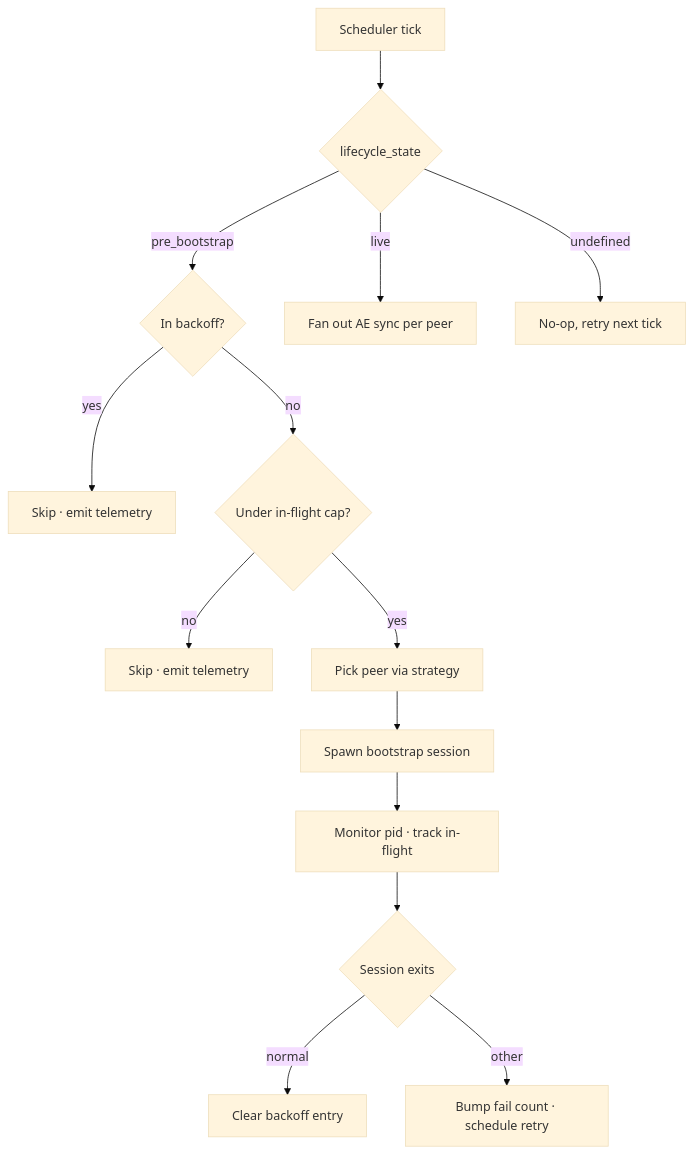
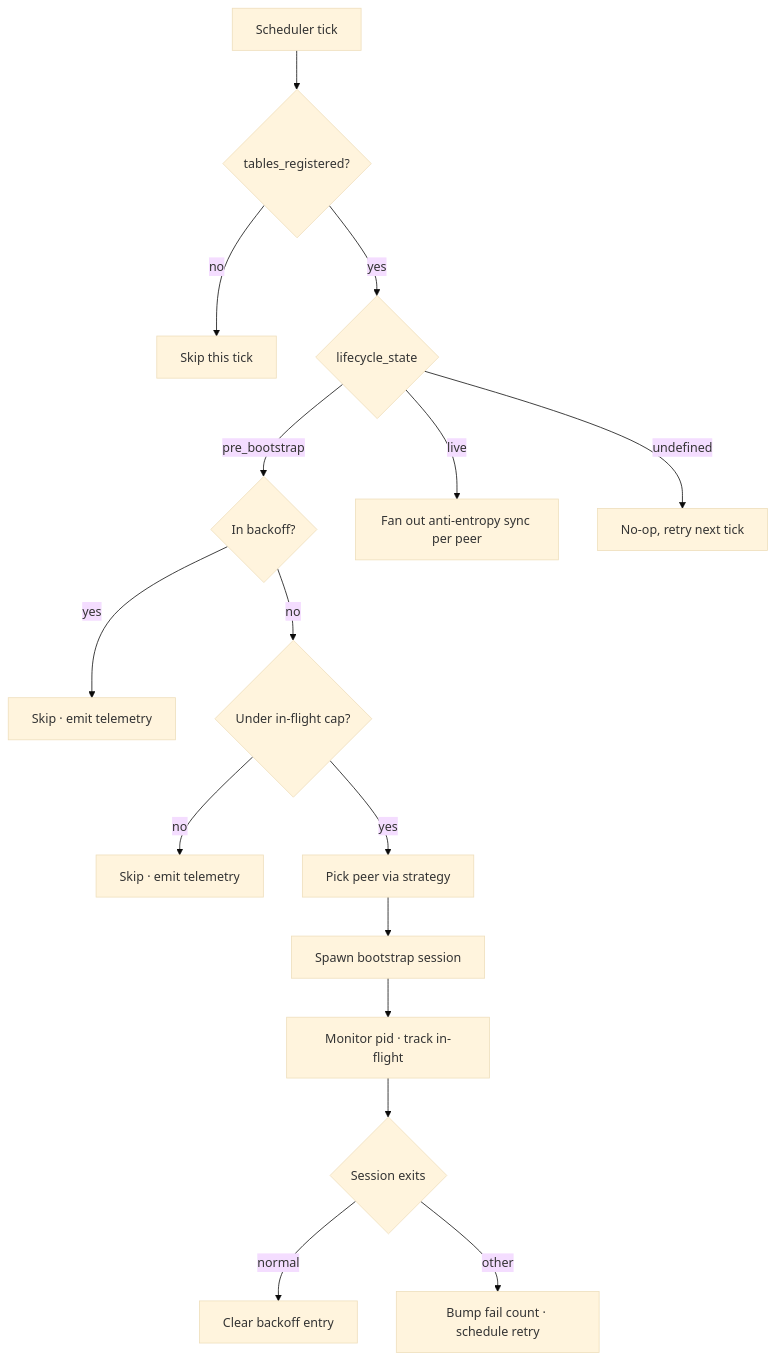
One commit to bondy-io/bondy changed diagram 14 of 15 in apps/bondy_db/doc_extras/architecture/06_compaction_and_bootstrap.md. Above: the diagram before and after it, drawn with Mermaid (base theme). The commit also changed other lines of this file and 449 other files, not shown here.

````diff
--- a/apps/bondy_db/doc_extras/architecture/06_compaction_and_bootstrap.md
+++ b/apps/bondy_db/doc_extras/architecture/06_compaction_and_bootstrap.md
@@ -949,18 +1107,20 @@
 ```mermaid
 flowchart TD
-    Tick[Scheduler tick] --> Lifecycle{lifecycle_state}
+    Tick[Scheduler tick] --> Tables{tables_registered?}
+    Tables -->|no| Skip0[Skip this tick]
+    Tables -->|yes| Lifecycle{lifecycle_state}
     Lifecycle -->|pre_bootstrap| Backoff{In backoff?}
-    Lifecycle -->|live| FanOut[Fan out AE sync per peer]
+    Lifecycle -->|live| FanOut[Fan out anti-entropy sync per peer]
     Lifecycle -->|undefined| NoOp[No-op, retry next tick]
 
     Backoff -->|yes| Deferred[Skip · emit telemetry]
     Backoff -->|no| Cap{Under in-flight cap?}
 
     Cap -->|no| Capped[Skip · emit telemetry]
     Cap -->|yes| Pick[Pick peer via strategy]
     Pick --> Spawn[Spawn bootstrap session]
     Spawn --> Monitor[Monitor pid · track in-flight]
     Monitor --> DOWN{Session exits}
     DOWN -->|normal| Clear[Clear backoff entry]
     DOWN -->|other| Bump[Bump fail count · schedule retry]
 ```
````
